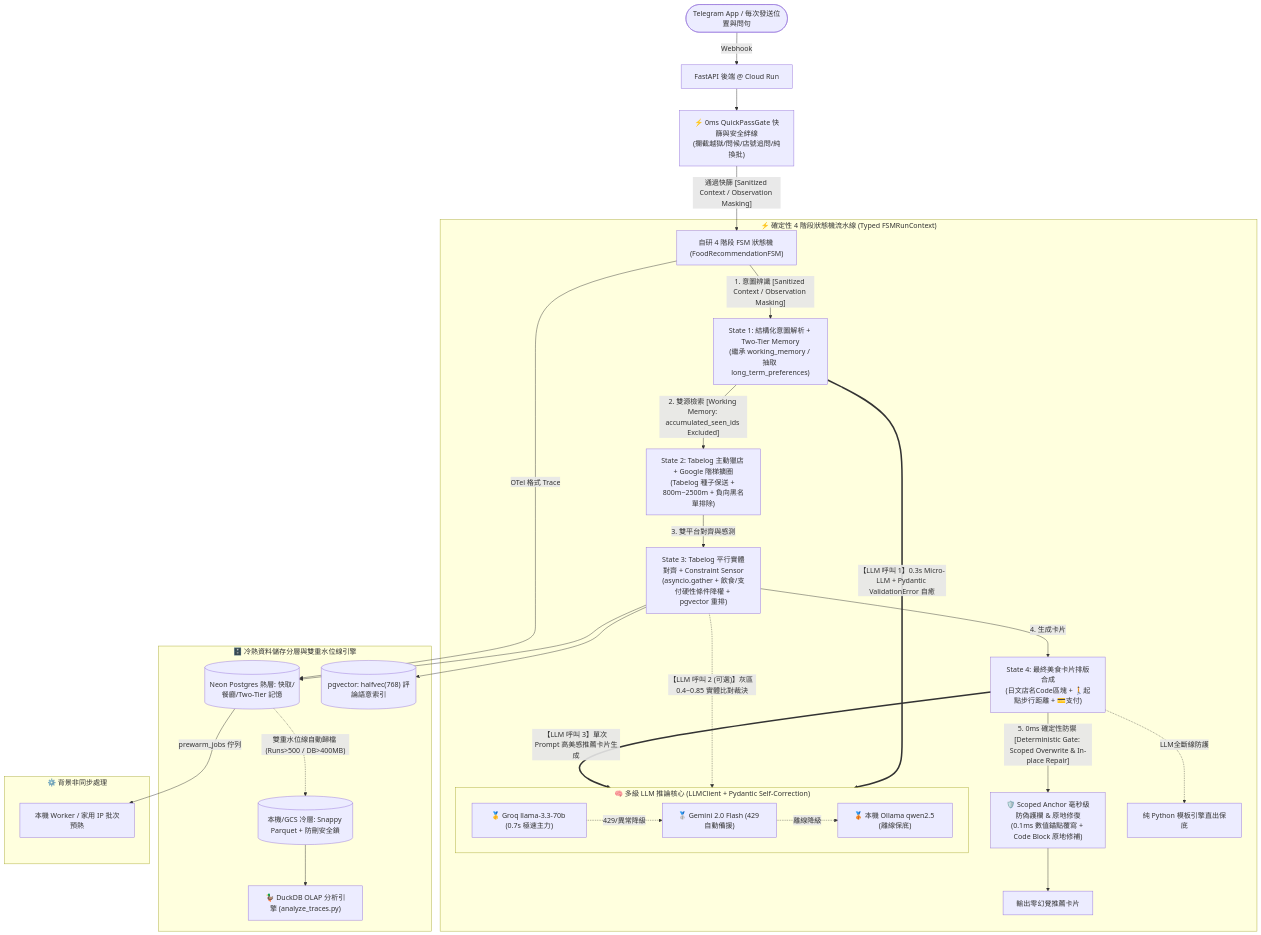
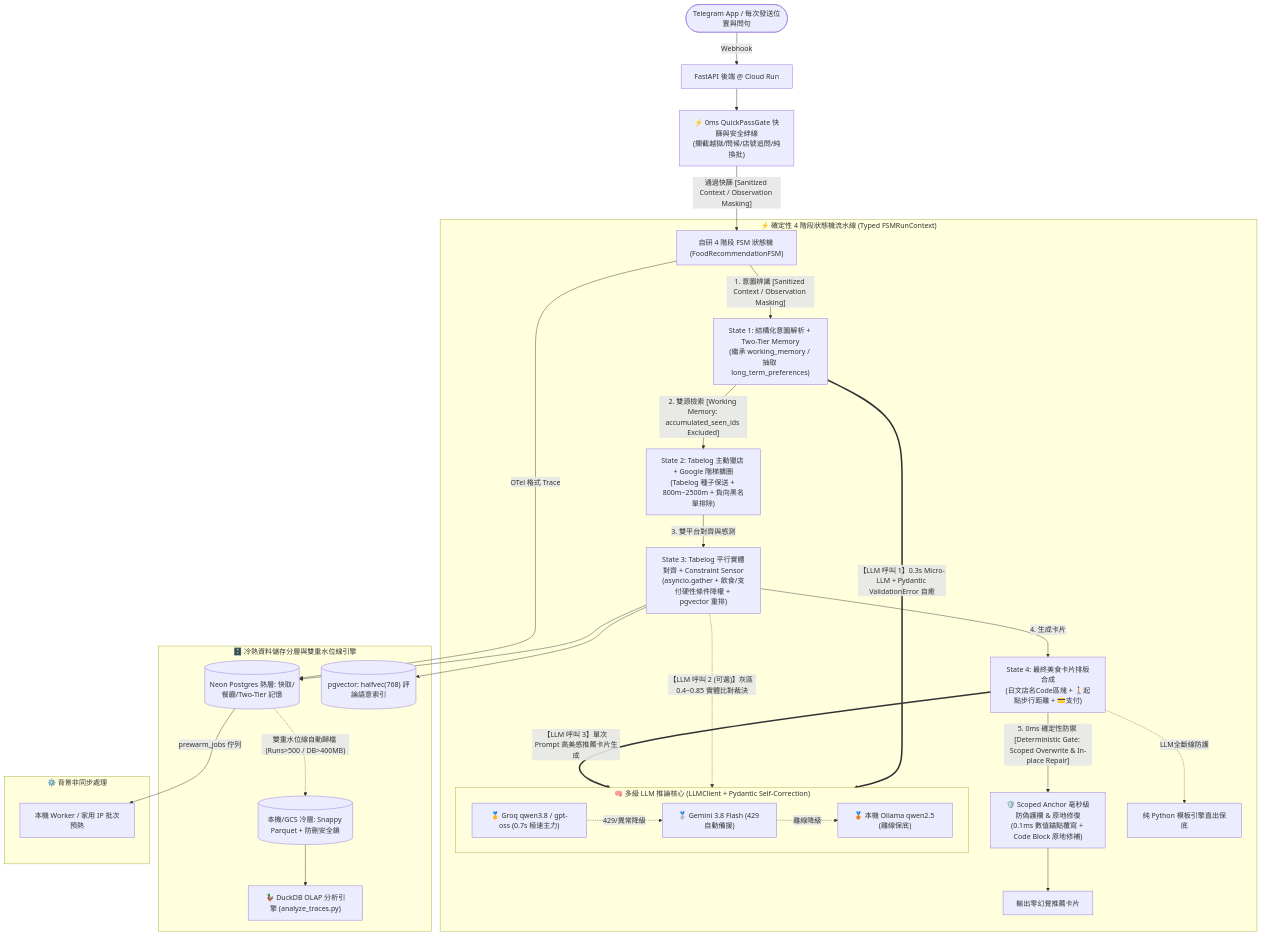
Before and after one commit to AnnieeLiuu/pickforme: the diagram in README.md, drawn with Mermaid. The commit also changed other lines of this file and 8 other files, not shown here.

Commit message:
fix(llm): restore active 2026 Groq/Gemini models, harden JSON/null-list parsing, and add live model check (Case 35)

````diff
--- a/README.md
+++ b/README.md
@@ -54,41 +54,41 @@
 ```mermaid
 graph TD
     User(["Telegram App / 每次發送位置與問句"]) -->|Webhook| Server["FastAPI 後端 @ Cloud Run"]
     Server --> Gate["⚡ 0ms QuickPassGate 快篩與安全絆線<br/>(攔截越獄/問候/店號追問/純換批)"]
     Gate -->|"通過快篩 [Sanitized Context / Observation Masking]"| FSM["自研 4 階段 FSM 狀態機 (FoodRecommendationFSM)"]
     
     subgraph MultiTierLLM ["🧠 多級 LLM 推論核心 (LLMClient + Pydantic Self-Correction)"]
-        Groq["🥇 Groq llama-3.3-70b (0.7s 極速主力)"]
-        Gemini["🥈 Gemini 2.0 Flash (429 自動備援)"]
+        Groq["🥇 Groq qwen3.8 / gpt-oss (0.7s 極速主力)"]
+        Gemini["🥈 Gemini 3.8 Flash (429 自動備援)"]
         Ollama["🥉 本機 Ollama qwen2.5 (離線保底)"]
         Groq -.->|429/異常降級| Gemini
         Gemini -.->|離線降級| Ollama
     end
 
     subgraph DeterministicPipeline ["⚡ 確定性 4 階段狀態機流水線 (Typed FSMRunContext)"]
         FSM -->|"1. 意圖辨識 [Sanitized Context / Observation Masking]"| S1["State 1: 結構化意圖解析 + Two-Tier Memory<br/>(繼承 working_memory / 抽取 long_term_preferences)"]
         S1 -->|"2. 雙源檢索 [Working Memory: accumulated_seen_ids Excluded]"| S2["State 2: Tabelog 主動獵店 + Google 階梯擴圈<br/>(Tabelog 種子保送 + 800m~2500m + 負向黑名單排除)"]
         S2 -->|"3. 雙平台對齊與感測"| S3["State 3: Tabelog 平行實體對齊 + Constraint Sensor<br/>(asyncio.gather + 飲食/支付硬性條件降權 + pgvector 重排)"]
         S3 -->|"4. 生成卡片"| S4["State 4: 最終美食卡片排版合成<br/>(日文店名Code區塊 + 🚶起點步行距離 + 💳支付)"]
         
         S1 ==>|"【LLM 呼叫 1】0.3s Micro-LLM + Pydantic ValidationError 自癒"| MultiTierLLM
         S3 -.->|"【LLM 呼叫 2 (可選)】灰區 0.4~0.85 實體比對裁決"| MultiTierLLM
         S4 ==>|"【LLM 呼叫 3】單次 Prompt 高美感推薦卡片生成"| MultiTierLLM
         
         S4 -->|"5. 0ms 確定性防禦 [Deterministic Gate: Scoped Overwrite & In-place Repair]"| Guardrail["🛡️ Scoped Anchor 毫秒級防偽護欄 & 原地修復<br/>(0.1ms 數值錨點覆寫 + Code Block 原地修補)"]
         Guardrail --> OutputCard["輸出零幻覺推薦卡片"]
         S4 -.->|LLM全斷線防護| Fallback["純 Python 模板引擎直出保底"]
     end
     
     subgraph StorageTiering ["🗄️ 冷熱資料儲存分層與雙重水位線引擎"]
         S3 --> HotDB[("Neon Postgres 熱層: 快取/餐廳/Two-Tier 記憶")]
         S3 --> VectorDB[("pgvector: halfvec(768) 評論語意索引")]
         FSM -->|OTel 格式 Trace| HotDB
         HotDB -.->|"雙重水位線自動歸檔 (Runs>500 / DB>400MB)"| ColdStorage[("本機/GCS 冷層: Snappy Parquet + 防刪安全鎖")]
         ColdStorage --> DuckDBEngine["🦆 DuckDB OLAP 分析引擎 (analyze_traces.py)"]
     end
 
     subgraph AsyncWorker ["⚙️ 背景非同步處理"]
         HotDB -->|prewarm_jobs 佇列| LocalWorker["本機 Worker / 家用 IP 批次預熱"]
     end
 ```
````
